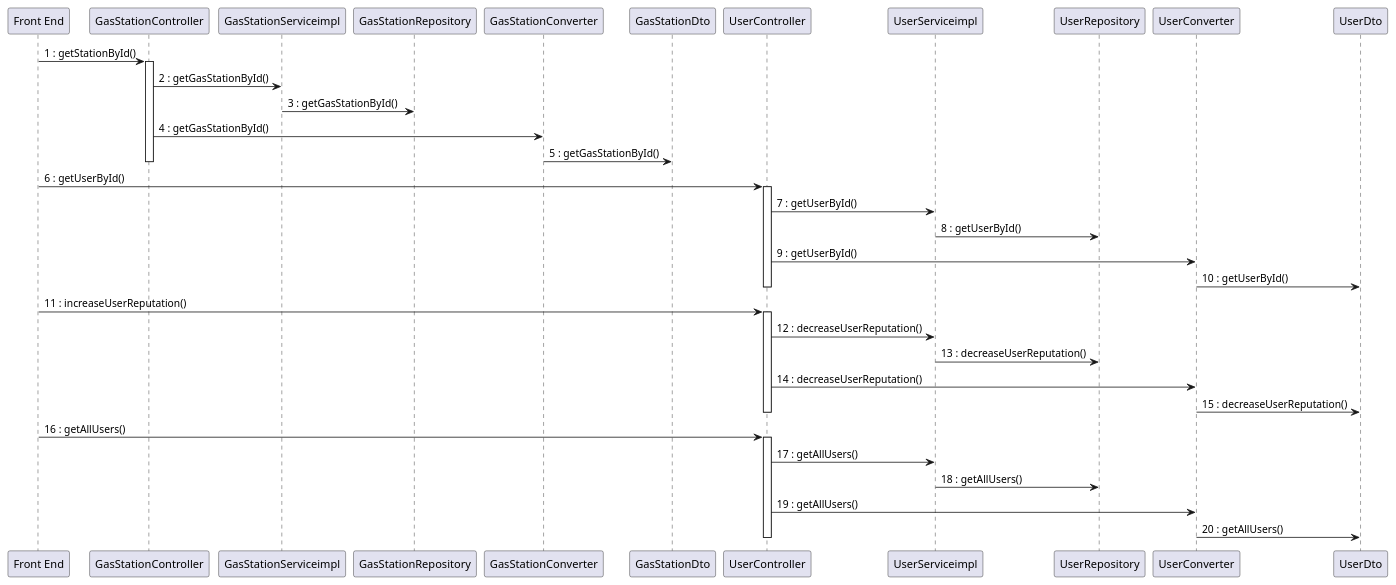
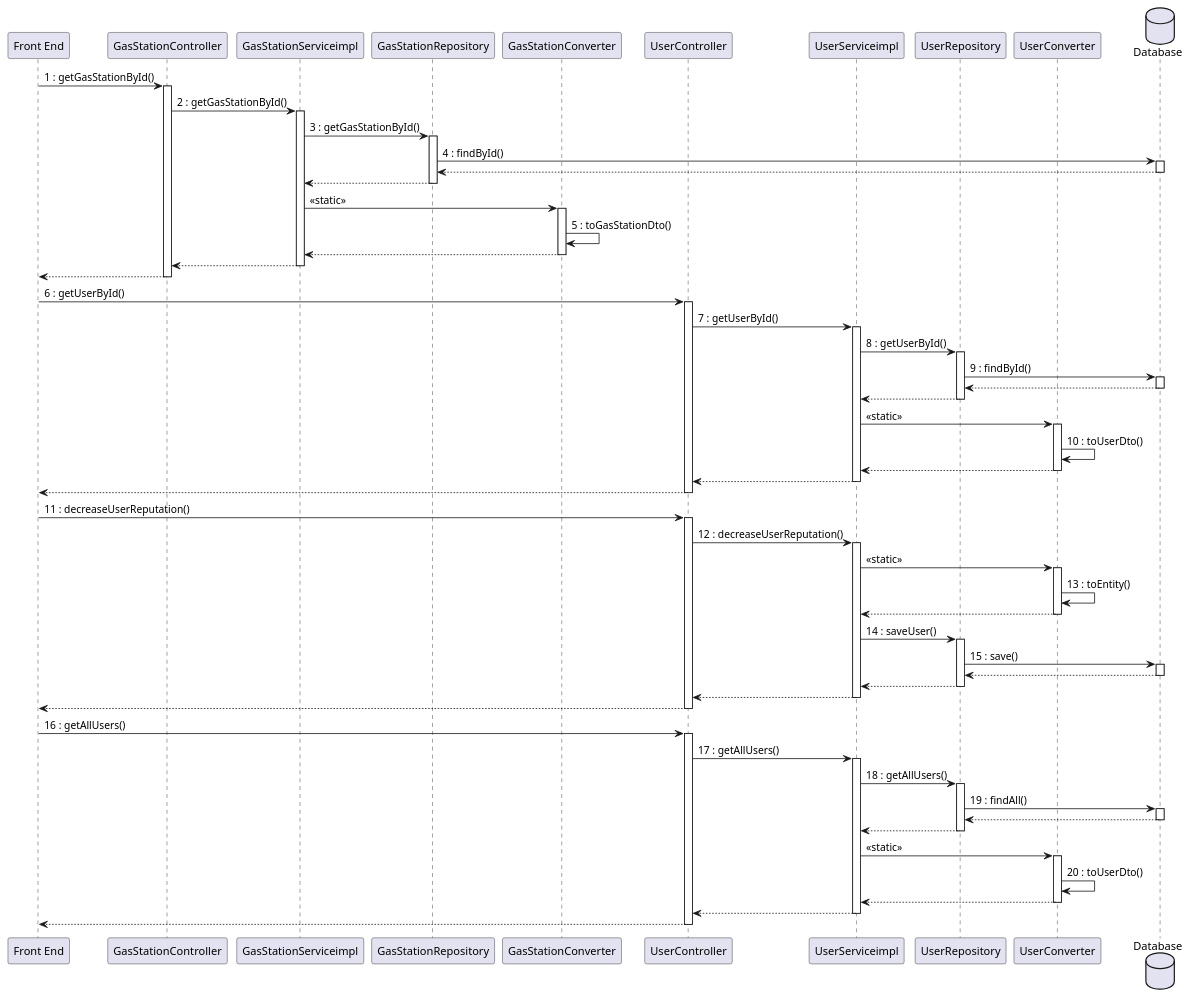
One commit to mosTavassoli/ezgas changed diagram 15 of 15 in docs/DesignDocument.md. Above: the diagram before and after it, drawn with PlantUML. The commit also changed other lines of this file, not shown here.

Commit message:
docs(DesignDocument): edit sequence diagrams

````diff
--- a/docs/DesignDocument.md
+++ b/docs/DesignDocument.md
@@ -743,34 +910,70 @@
 ```plantuml
-"Front End" -> GasStationController:1 : getStationById()
+database Database order 30
+"Front End" -> GasStationController:1 : getGasStationById()
 activate GasStationController
 GasStationController -> GasStationServiceimpl:2 : getGasStationById()
+activate GasStationServiceimpl
 GasStationServiceimpl -> GasStationRepository:3 : getGasStationById()
-GasStationController -> GasStationConverter:4 : getGasStationById()
-GasStationConverter -> GasStationDto:5 : getGasStationById()
-deactivate GasStationController
-
+activate GasStationRepository
+GasStationRepository -> Database:4 : findById()
+activate Database
+return
+return
+GasStationServiceimpl -> GasStationConverter:<<static>>
+activate GasStationConverter
+GasStationConverter -> GasStationConverter:5 : toGasStationDto()
+return
+return
+return
 
 "Front End" -> UserController:6 : getUserById()
 activate UserController
 UserController -> UserServiceimpl:7 : getUserById()
+activate UserServiceimpl
 UserServiceimpl -> UserRepository:8 : getUserById()
-UserController -> UserConverter:9 : getUserById()
-UserConverter -> UserDto:10 : getUserById()
-deactivate UserController
+activate UserRepository
+UserRepository -> Database:9 : findById()
+activate Database
+return
+return
+UserServiceimpl -> UserConverter:<<static>>
+activate UserConverter
+UserConverter -> UserConverter:10 : toUserDto()
+return
+return
+return
 
-"Front End" -> UserController :11 : increaseUserReputation()
+"Front End" -> UserController:11 : decreaseUserReputation()
 activate UserController
-UserController -> UserServiceimpl :12 : decreaseUserReputation()
-UserServiceimpl -> UserRepository :13 : decreaseUserReputation()
-UserController -> UserConverter:14 : decreaseUserReputation()
-UserConverter -> UserDto:15 : decreaseUserReputation()
-deactivate UserController
+UserController -> UserServiceimpl:12 : decreaseUserReputation()
+activate UserServiceimpl
+UserServiceimpl -> UserConverter:<<static>>
+activate UserConverter
+UserConverter -> UserConverter:13 : toEntity()
+return
+UserServiceimpl -> UserRepository:14 : saveUser()
+activate UserRepository
+UserRepository -> Database:15 : save()
+activate Database
+return
+return
+return
+return
 
-"Front End" -> UserController :16 : getAllUsers()
+"Front End" -> UserController:16 : getAllUsers()
 activate UserController
-UserController -> UserServiceimpl :17 : getAllUsers()
-UserServiceimpl -> UserRepository :18 : getAllUsers()
-UserController -> UserConverter:19 : getAllUsers()
-UserConverter -> UserDto:20 : getAllUsers()
-deactivate UserController
+UserController -> UserServiceimpl:17 : getAllUsers()
+activate UserServiceimpl
+UserServiceimpl -> UserRepository:18 : getAllUsers()
+activate UserRepository
+UserRepository -> Database:19 : findAll()
+activate Database
+return
+return
+UserServiceimpl -> UserConverter:<<static>>
+activate UserConverter
+UserConverter -> UserConverter:20 : toUserDto()
+return
+return
+return
 ```
````
